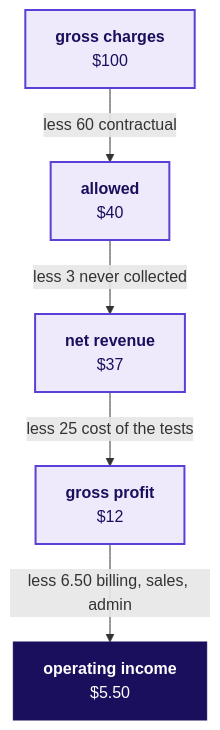
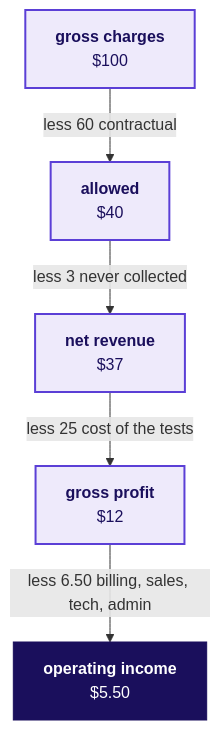
Before and after one commit to fde-academy-lab/c2-content-factory: the fourth of 7 diagrams in content/W03/D1/trainer/C2_W03_D01_domain_story_TRAINER.md, drawn with Mermaid. The commit also changed other lines of this file and 4 other files, not shown here.

````diff
--- a/content/W03/D1/trainer/C2_W03_D01_domain_story_TRAINER.md
+++ b/content/W03/D1/trainer/C2_W03_D01_domain_story_TRAINER.md
@@ -107,11 +107,11 @@
 ```mermaid
 flowchart TB
     G["<b>gross charges</b><br/>$100"] -->|"less 60 contractual"| A["<b>allowed</b><br/>$40"]
     A -->|"less 3 never collected"| N["<b>net revenue</b><br/>$37"]
     N -->|"less 25 cost of the tests"| M["<b>gross profit</b><br/>$12"]
-    M -->|"less 6.50 billing, sales, admin"| O["<b>operating income</b><br/>$5.50"]
+    M -->|"less 6.50 billing, sales, tech, admin"| O["<b>operating income</b><br/>$5.50"]
     classDef known fill:#EEEAFB,stroke:#5B3FD6,color:#1A0F5C,stroke-width:2px
     classDef dark fill:#1A0F5C,stroke:#1A0F5C,color:#FFFFFF
     class G,A,N,M known
     class O dark
 ```
````
